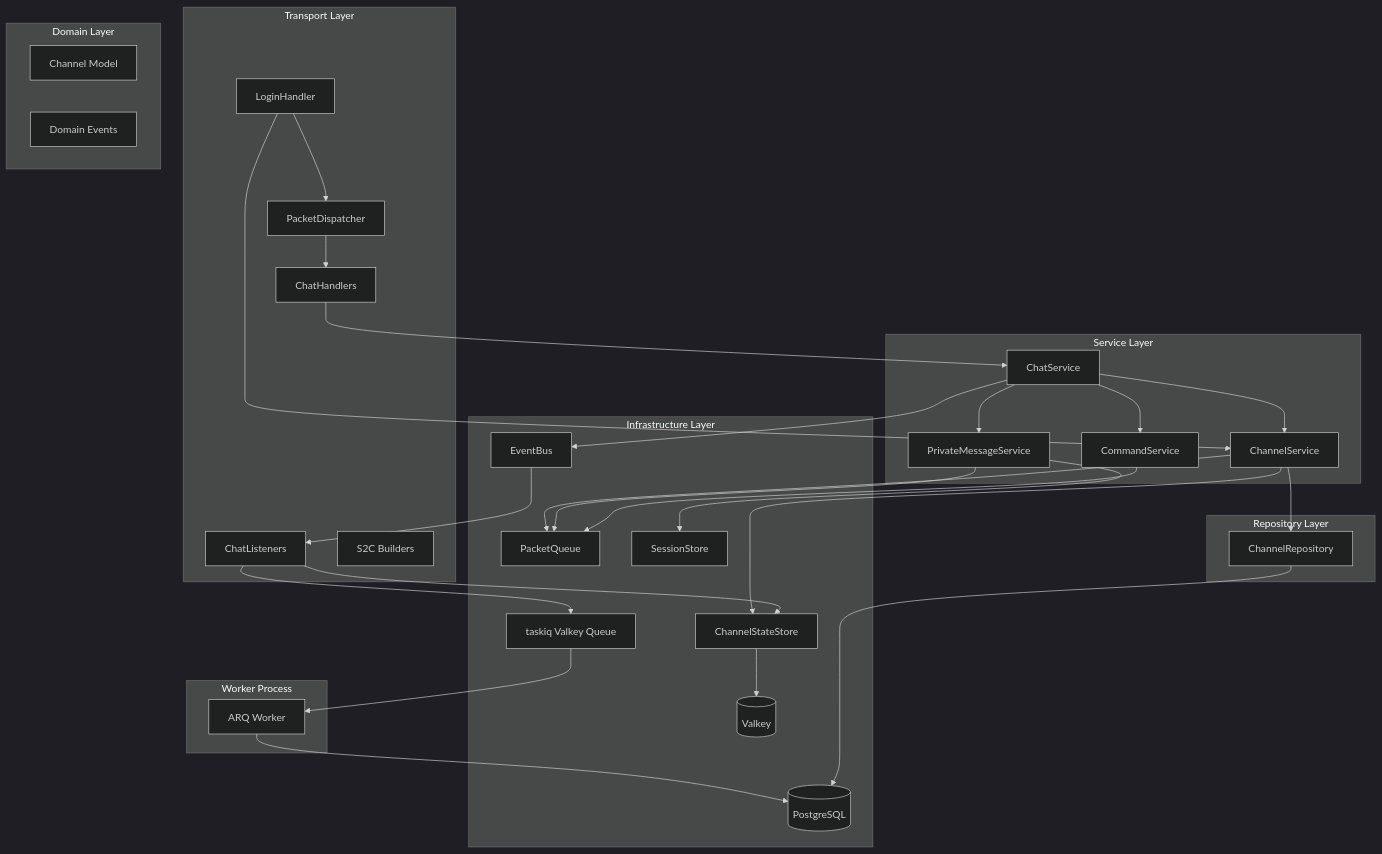
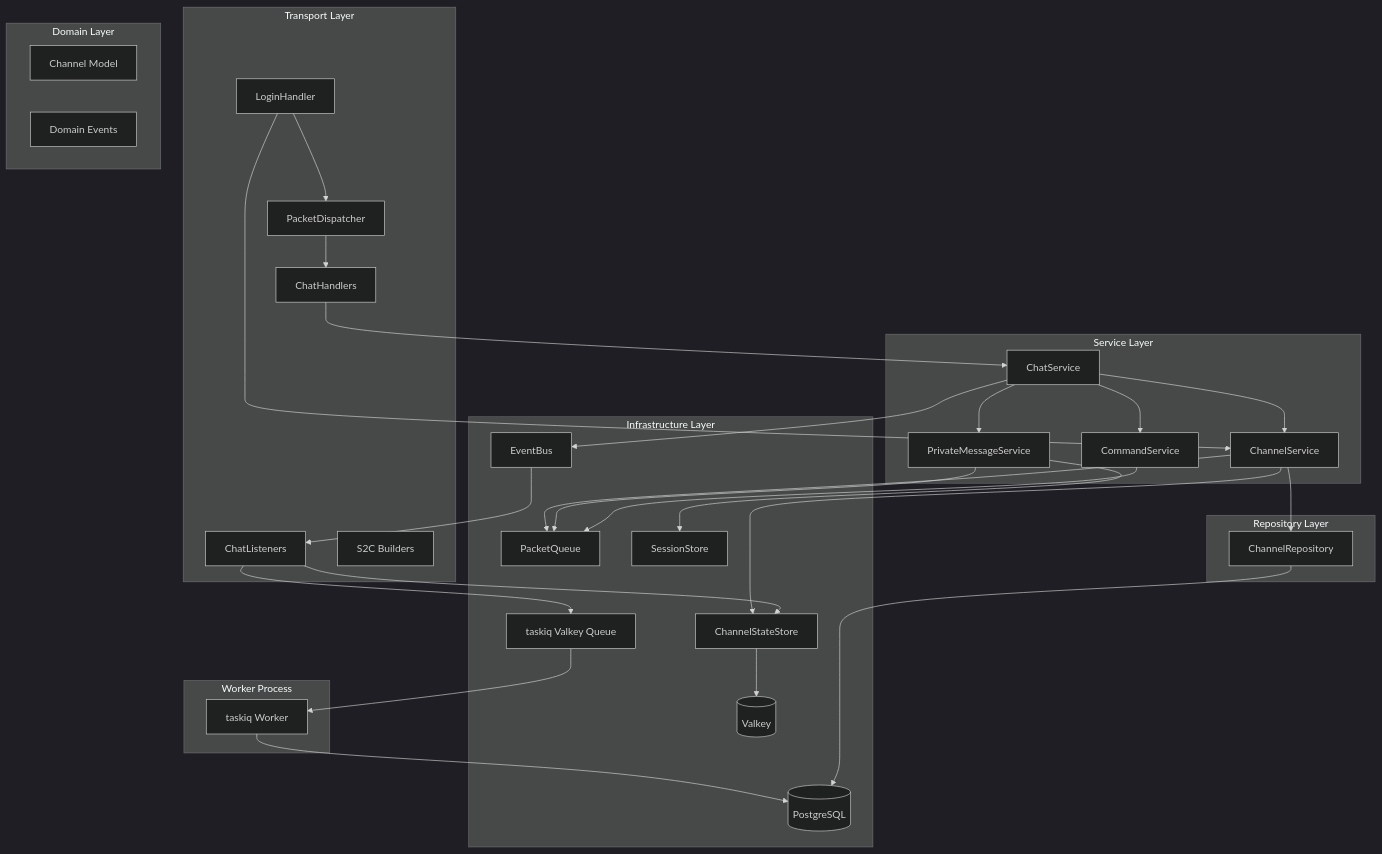
One commit to Reticulmz/athena changed the first of 3 diagrams in .kiro/specs/channel-system/design.md. Above: the diagram before and after it, drawn with Mermaid (dark theme). The commit also changed other lines of this file and 44 other files, not shown here.

````diff
--- a/.kiro/specs/channel-system/design.md
+++ b/.kiro/specs/channel-system/design.md
@@ -107,62 +107,62 @@
 ```mermaid
 graph TB
     subgraph Transport Layer
         LP[LoginHandler]
         PD[PacketDispatcher]
         CH[ChatHandlers]
         CL[ChatListeners]
         S2C[S2C Builders]
     end
 
     subgraph Service Layer
         CS[ChatService]
         CHS[ChannelService]
         PMS[PrivateMessageService]
         CMS[CommandService]
     end
 
     subgraph Domain Layer
         CDM[Channel Model]
         EVT[Domain Events]
     end
 
     subgraph Repository Layer
         CR[ChannelRepository]
     end
 
     subgraph Infrastructure Layer
         CSS[ChannelStateStore]
         EB[EventBus]
         PQ[PacketQueue]
         SS[SessionStore]
         ARQ[taskiq Valkey Queue]
         DB[(PostgreSQL)]
         RD[(Valkey)]
     end
 
     subgraph Worker Process
-        W[ARQ Worker]
+        W[taskiq Worker]
     end
 
     LP --> PD
     PD --> CH
     CH --> CS
     CS --> CHS
     CS --> PMS
     CS --> CMS
     CHS --> CR
     CHS --> CSS
     CHS --> PQ
     PMS --> PQ
     PMS --> SS
     CMS --> PQ
     CS --> EB
     EB --> CL
     CL --> ARQ
     CL --> CSS
     ARQ --> W
     W --> DB
     CR --> DB
     CSS --> RD
     LP --> CHS
 ```
````
